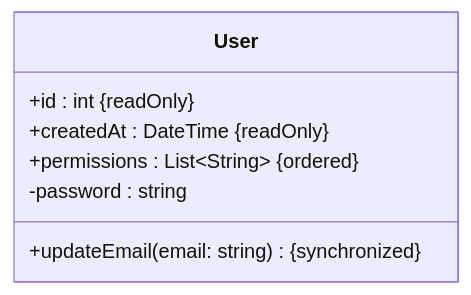
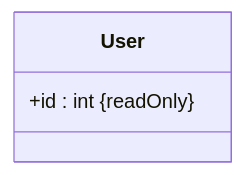
One commit to kbjorklid/claude-doctools-marketplace changed diagram 20 of 21 in plugins/mermaid-diagrams/skills/mermaid/ADVANCED_CLASS_DIAGRAMS.md. Above: the diagram before and after it, drawn with Mermaid. The commit also changed other lines of this file, not shown here.

````diff
--- a/plugins/mermaid-diagrams/skills/mermaid/ADVANCED_CLASS_DIAGRAMS.md
+++ b/plugins/mermaid-diagrams/skills/mermaid/ADVANCED_CLASS_DIAGRAMS.md
@@ -414,10 +378,6 @@
 ```mermaid
 classDiagram
 class User {
     +id : int #123;readOnly#125;
-    +createdAt : DateTime #123;readOnly#125;
-    +permissions : List~String~ #123;ordered#125;
-    -password : string
-    +updateEmail(email: string) #123;synchronized#125;
 }
 ```
````
